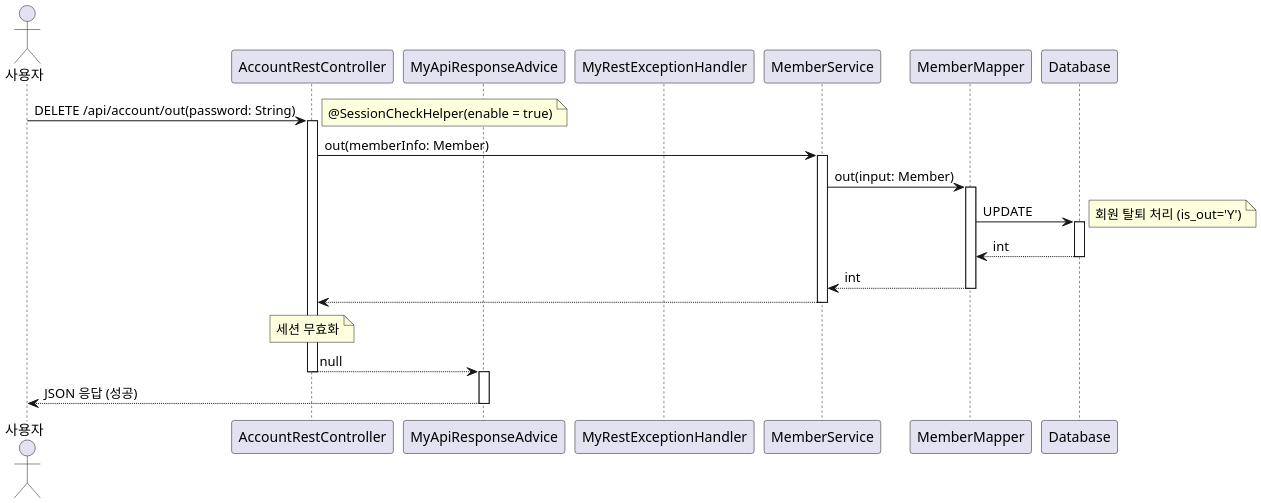
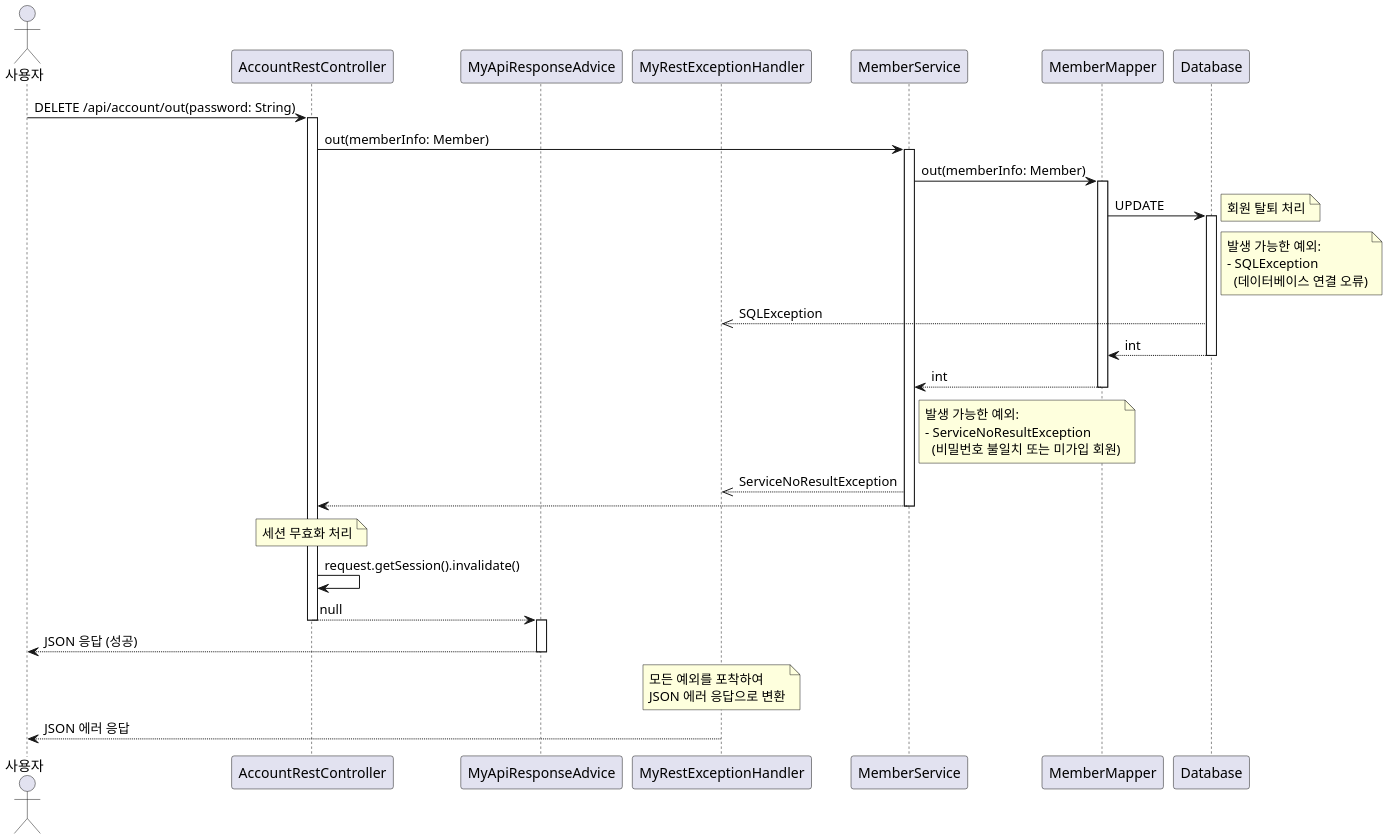
One commit to leekh4232/study-myshop changed the diagram in uml/AccountRestController/out_Sequence.puml. Above: the diagram before and after it, drawn with PlantUML. The commit also changed 64 other files, not shown here.

```diff
--- a/uml/AccountRestController/out_Sequence.puml
+++ b/uml/AccountRestController/out_Sequence.puml
@@ -1,38 +1,45 @@
 @startuml
 skinparam dpi 200
 
 actor Actor as "사용자"
 participant AccountRestController
 participant MyApiResponseAdvice
 participant MyRestExceptionHandler
 participant MemberService
 participant MemberMapper
 participant Database
 
 Actor -> AccountRestController: DELETE /api/account/out(password: String)
 activate AccountRestController
-note right: @SessionCheckHelper(enable = true)
 
 AccountRestController -> MemberService: out(memberInfo: Member)
 activate MemberService
-MemberService -> MemberMapper: out(input: Member)
+MemberService -> MemberMapper: out(memberInfo: Member)
 activate MemberMapper
 MemberMapper -> Database: UPDATE
 activate Database
-note right: 회원 탈퇴 처리 (is_out='Y')
+note right: 회원 탈퇴 처리
+note right of Database: 발생 가능한 예외:\n- SQLException\n  (데이터베이스 연결 오류)
+Database -->> MyRestExceptionHandler: SQLException
 Database --> MemberMapper: int
 deactivate Database
 MemberMapper --> MemberService: int
 deactivate MemberMapper
+note right of MemberService: 발생 가능한 예외:\n- ServiceNoResultException\n  (비밀번호 불일치 또는 미가입 회원)
+MemberService -->> MyRestExceptionHandler: ServiceNoResultException
 MemberService --> AccountRestController
 deactivate MemberService
 
-note over AccountRestController: 세션 무효화
+note over AccountRestController: 세션 무효화 처리
+AccountRestController -> AccountRestController: request.getSession().invalidate()
 
 AccountRestController --> MyApiResponseAdvice: null
 deactivate AccountRestController
 activate MyApiResponseAdvice
 MyApiResponseAdvice --> Actor: JSON 응답 (성공)
 deactivate MyApiResponseAdvice
 
+note over MyRestExceptionHandler: 모든 예외를 포착하여\nJSON 에러 응답으로 변환
+MyRestExceptionHandler --> Actor: JSON 에러 응답
+
 @enduml
```
